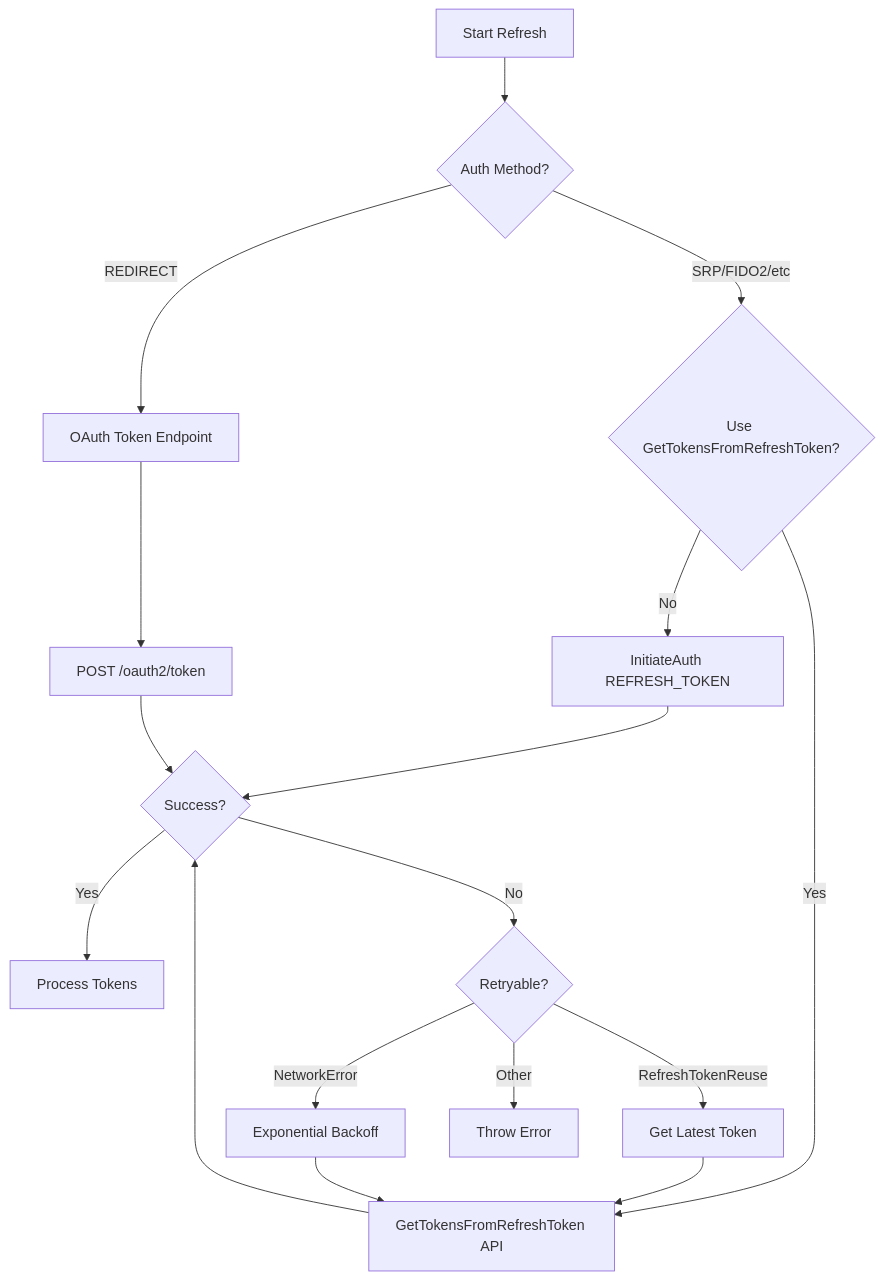
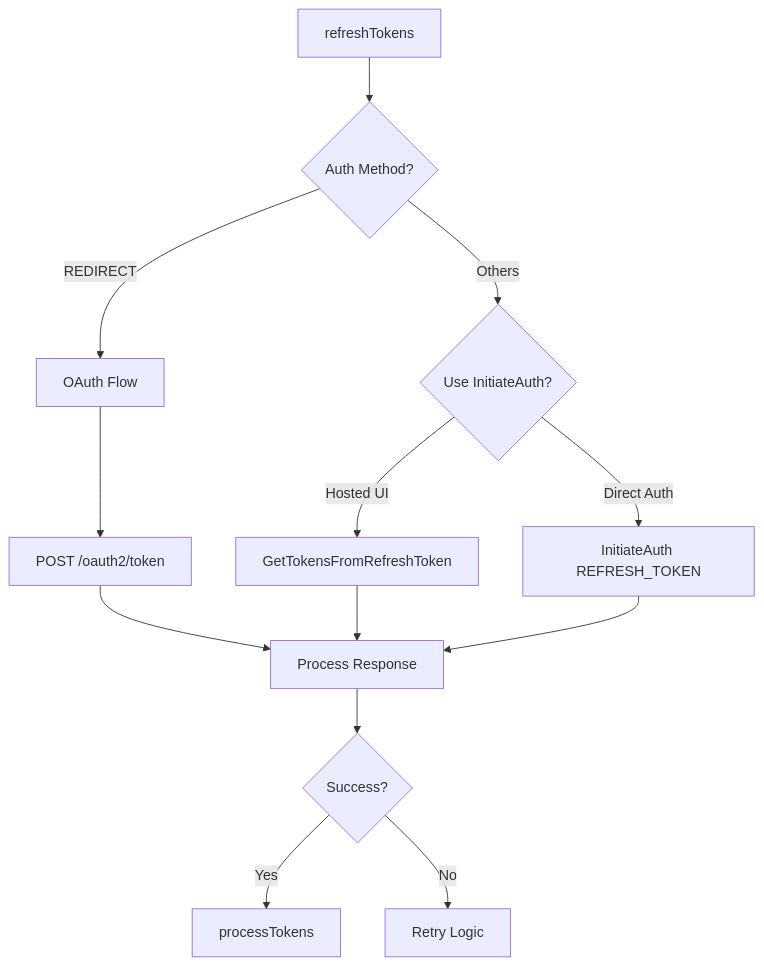
The second of 2 diagrams in REFRESH.md (joinmeow/amazon-cognito-passwordless-auth), drawn with Mermaid before and after one commit. The commit also changed other lines of this file and 38 other files, not shown here.

First line of the commit message:
Fix critical bug: expired tokens preventing refresh

````diff
--- a/REFRESH.md
+++ b/REFRESH.md
@@ -191,25 +205,19 @@
 ```mermaid
 graph TD
-    A[Start Refresh] --> B{Auth Method?}
-    B -->|REDIRECT| C[OAuth Token Endpoint]
-    B -->|SRP/FIDO2/etc| D{Use GetTokensFromRefreshToken?}
-
+    A[refreshTokens] --> B{Auth Method?}
+    B -->|REDIRECT| C[OAuth Flow]
+    B -->|Others| D{Use InitiateAuth?}
+    
     C --> E[POST /oauth2/token]
-
-    D -->|Yes| F[GetTokensFromRefreshToken API]
-    D -->|No| G[InitiateAuth REFRESH_TOKEN]
-
-    F --> H{Success?}
+    
+    D -->|Hosted UI| F[GetTokensFromRefreshToken]
+    D -->|Direct Auth| G[InitiateAuth REFRESH_TOKEN]
+    
+    E --> H[Process Response]
+    F --> H
     G --> H
-    E --> H
-
-    H -->|Yes| I[Process Tokens]
-    H -->|No| J{Retryable?}
-
-    J -->|RefreshTokenReuse| K[Get Latest Token]
-    J -->|NetworkError| L[Exponential Backoff]
-    J -->|Other| M[Throw Error]
-
-    K --> F
-    L --> F
+    
+    H --> I{Success?}
+    I -->|Yes| J[processTokens]
+    I -->|No| K[Retry Logic]
 ```
````
